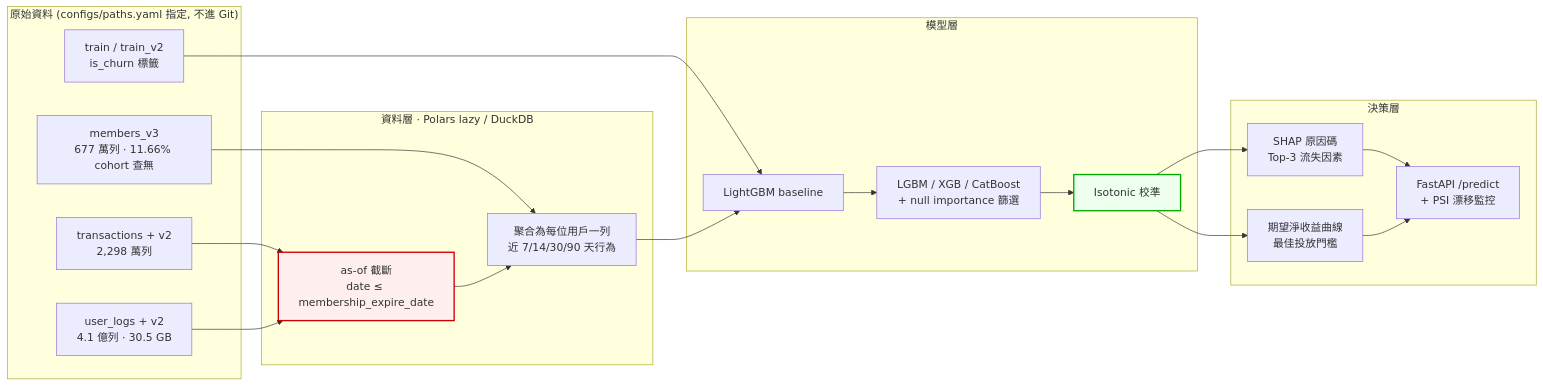
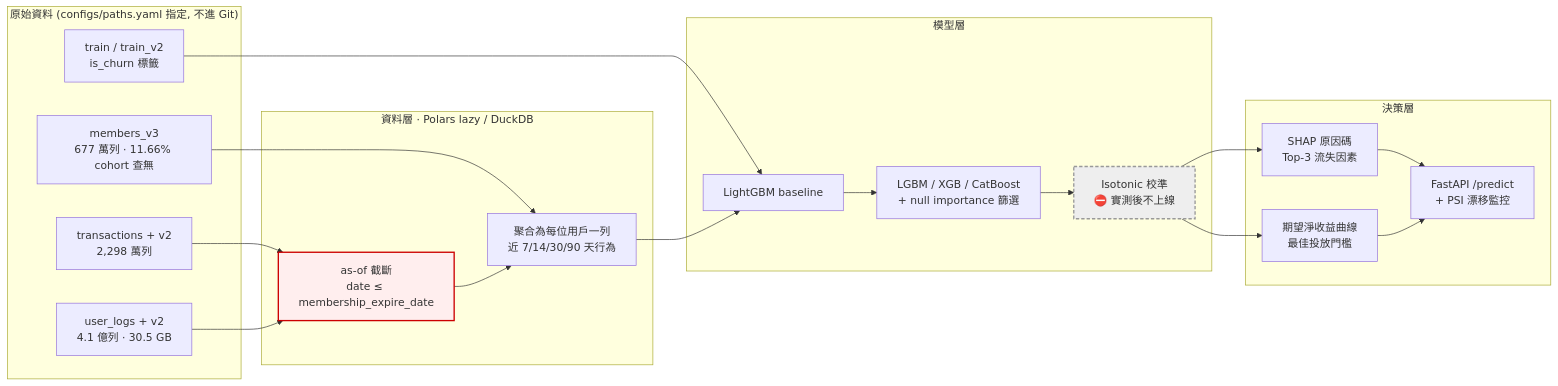
The diagram in README.md (lee851104/ML_kkbox), drawn with Mermaid before and after one commit. The commit also changed other lines of this file and 1 other file, not shown here.

````diff
--- a/README.md
+++ b/README.md
@@ -52,40 +55,40 @@
 ```mermaid
 flowchart LR
     subgraph SRC["原始資料 (configs/paths.yaml 指定, 不進 Git)"]
         T["transactions + v2<br/>2,298 萬列"]
         L["user_logs + v2<br/>4.1 億列 · 30.5 GB"]
         M["members_v3<br/>677 萬列 · 11.66% cohort 查無"]
         Y["train / train_v2<br/>is_churn 標籤"]
     end
 
     subgraph ETL["資料層 · Polars lazy / DuckDB"]
         CUT["as-of 截斷<br/>date &le; membership_expire_date"]
         AGG["聚合為每位用戶一列<br/>近 7/14/30/90 天行為"]
     end
 
     subgraph MODEL["模型層"]
         BASE["LightGBM baseline"]
         CMP["LGBM / XGB / CatBoost<br/>+ null importance 篩選"]
-        CAL["Isotonic 校準"]
+        CAL["Isotonic 校準<br/>⛔ 實測後不上線"]
     end
 
     subgraph OUT["決策層"]
         SHAP["SHAP 原因碼<br/>Top-3 流失因素"]
         ROI["期望淨收益曲線<br/>最佳投放門檻"]
         API["FastAPI /predict<br/>+ PSI 漂移監控"]
     end
 
     T --> CUT
     L --> CUT
     M --> AGG
     Y --> BASE
     CUT --> AGG
     AGG --> BASE --> CMP --> CAL
     CAL --> SHAP
     CAL --> ROI
     SHAP --> API
     ROI --> API
 
     style CUT fill:#fee,stroke:#c00,stroke-width:2px
-    style CAL fill:#efe,stroke:#0a0,stroke-width:2px
+    style CAL fill:#eee,stroke:#999,stroke-width:2px,stroke-dasharray: 5 3
 ```
````
